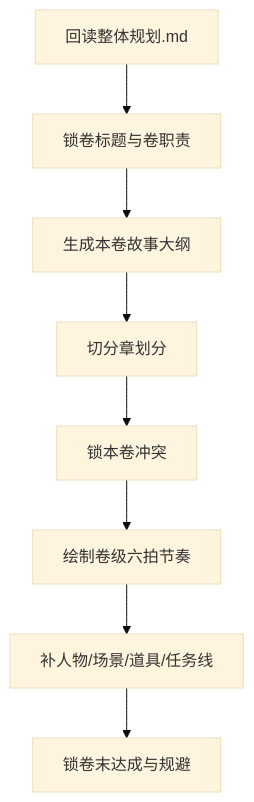
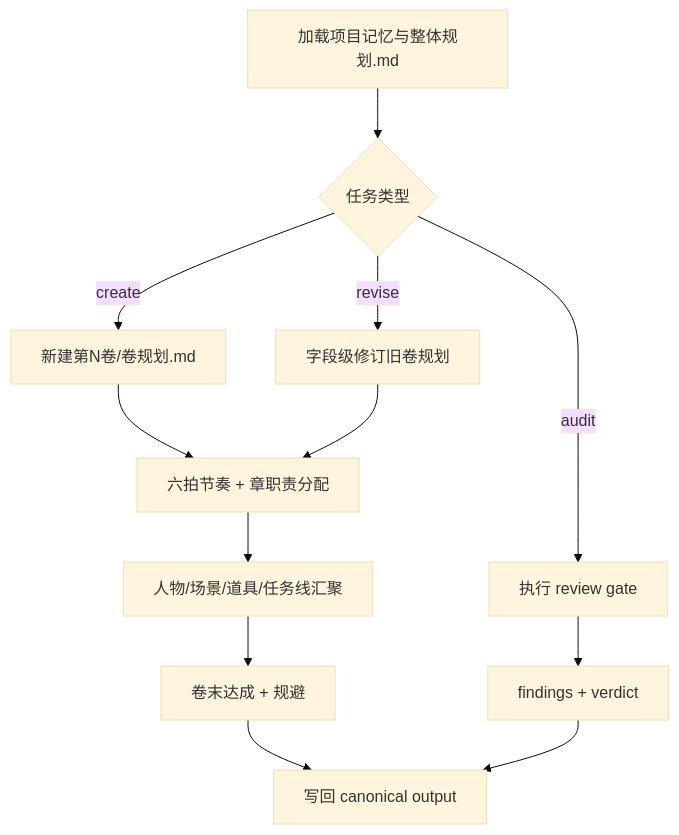
The first of 2 diagrams in .agents/skills/story/2-Planning/2-卷级/SKILL.md (ZEN-VOID/AI-CUT), drawn with Mermaid (base theme) before and after one commit. The commit also changed other lines of this file and 526 other files, not shown here.

````diff
--- a/.agents/skills/story/2-Planning/2-卷级/SKILL.md
+++ b/.agents/skills/story/2-Planning/2-卷级/SKILL.md
@@ -84,10 +96,14 @@
 ```mermaid
 flowchart TD
-    A["回读整体规划.md"] --> B["锁卷标题与卷职责"]
-    B --> C["生成本卷故事大纲"]
-    C --> D["切分章划分"]
-    D --> E["锁本卷冲突"]
-    E --> F["绘制卷级六拍节奏"]
-    F --> G["补人物/场景/道具/任务线"]
-    G --> H["锁卷末达成与规避"]
+    A["加载项目记忆与整体规划.md"] --> B{"任务类型"}
+    B -->|"create"| C["新建第N卷/卷规划.md"]
+    B -->|"revise"| D["字段级修订旧卷规划"]
+    B -->|"audit"| E["执行 review gate"]
+    C --> F["六拍节奏 + 章职责分配"]
+    D --> F
+    F --> G["人物/场景/道具/任务线汇聚"]
+    G --> H["卷末达成 + 规避"]
+    E --> I["findings + verdict"]
+    H --> J["写回 canonical output"]
+    I --> J
 ```
````
